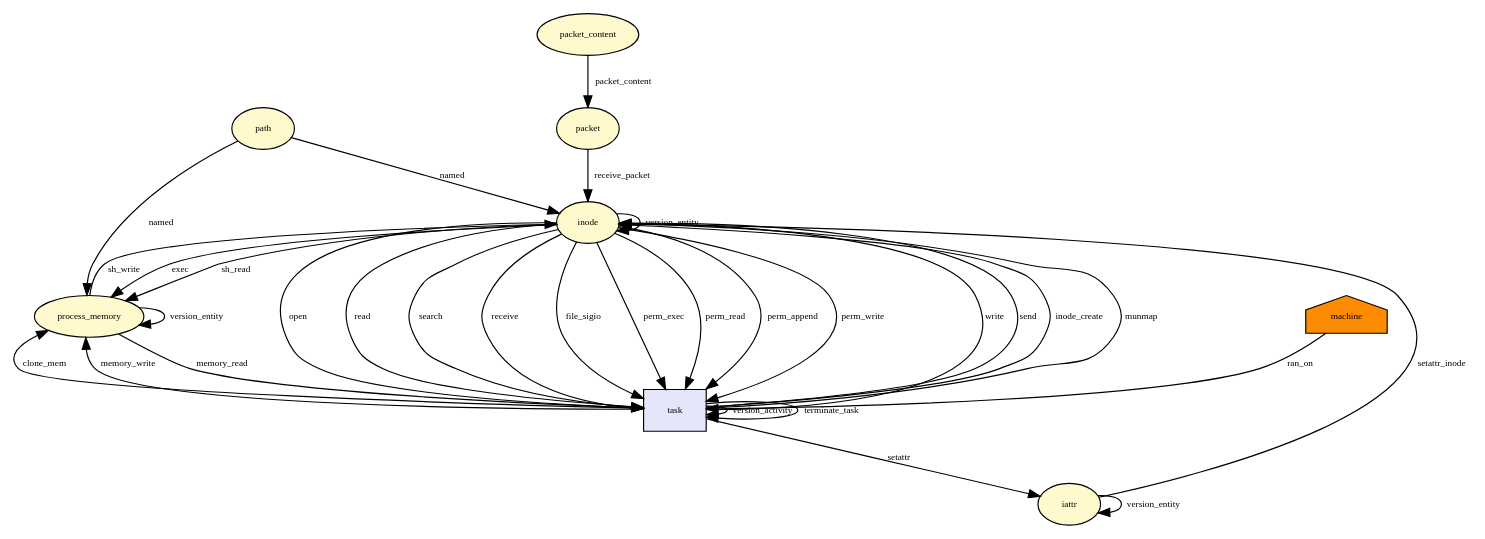
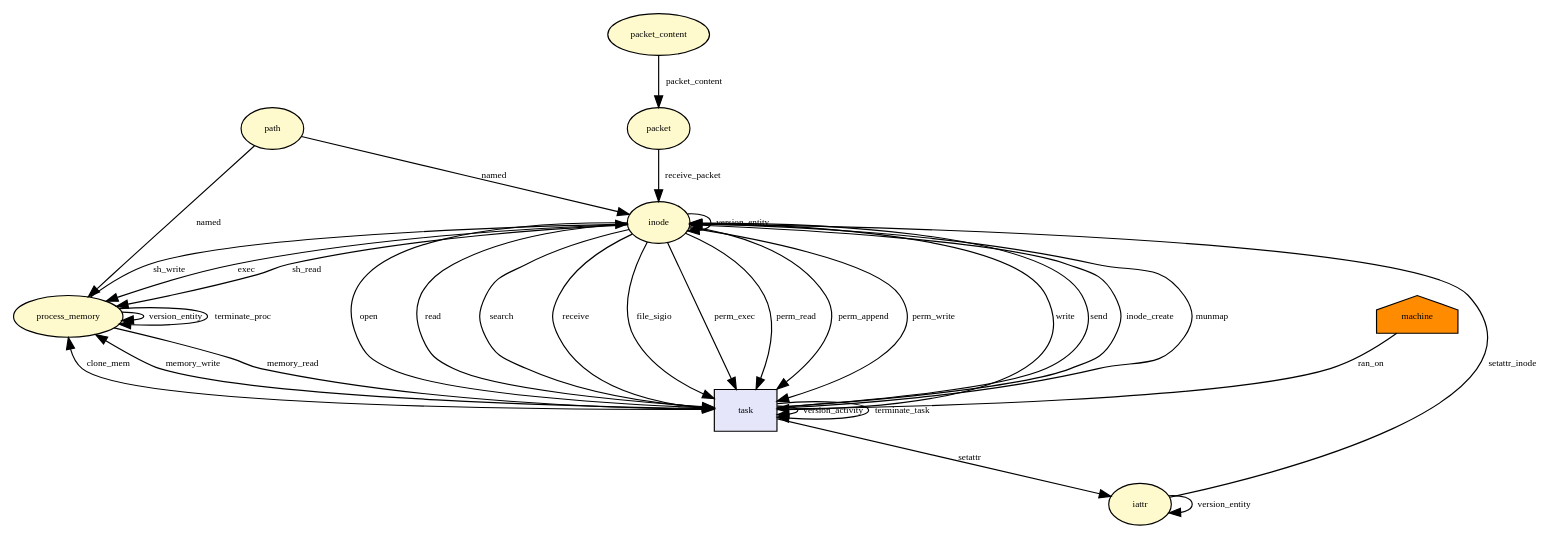
Before and after one commit to CamFlow/camflow-dev: the diagram in docs/dot/__x64_sys_execve.dot, drawn with Graphviz. The commit also changed 39 other files, not shown here.

```diff
--- a/docs/dot/__x64_sys_execve.dot
+++ b/docs/dot/__x64_sys_execve.dot
@@ -1,79 +1,81 @@
 digraph RGL__DirectedAdjacencyGraph {path[fontsize = 8,label = path,shape = ellipse, fillcolor="#fffacd", style = filled]
 
 inode[fontsize = 8,label = inode,shape = ellipse, fillcolor="#fffacd", style = filled]
 
 path -> inode[fontsize = 8,label = named]
 
 process_memory[fontsize = 8,label = process_memory,shape = ellipse, fillcolor="#fffacd", style = filled]
 
 inode -> process_memory[fontsize = 8,label = exec]
 
 process_memory -> process_memory[fontsize = 8,label = version_entity]
+
+process_memory -> process_memory[fontsize = 8,label = terminate_proc]
 
 task[fontsize = 8,label = task,shape = rectangle, fillcolor="#e6e6fa", style = filled]
 
 process_memory -> task[fontsize = 8,label = memory_read]
 
 task -> process_memory[fontsize = 8,label = clone_mem]
 
 task -> task[fontsize = 8,label = version_activity]
 
 inode -> process_memory[fontsize = 8,label = sh_read]
 
 path -> process_memory[fontsize = 8,label = named]
 
 machine[fontsize = 8,label = machine,shape = house, fillcolor="#ff8c00", style = filled]
 
 machine -> task[fontsize = 8,label = ran_on]
 
 inode -> task[fontsize = 8,label = open]
 
 task -> process_memory[fontsize = 8,label = memory_write]
 
 process_memory -> inode[fontsize = 8,label = sh_write]
 
 inode -> inode[fontsize = 8,label = version_entity]
 
 task -> inode[fontsize = 8,label = write]
 
 inode -> task[fontsize = 8,label = read]
 
 inode -> task[fontsize = 8,label = search]
 
 task -> inode[fontsize = 8,label = send]
 
 inode -> task[fontsize = 8,label = receive]
 
 inode -> task[fontsize = 8,label = file_sigio]
 
 task -> inode[fontsize = 8,label = inode_create]
 
 inode -> task[fontsize = 8,label = perm_exec]
 
 inode -> task[fontsize = 8,label = perm_read]
 
 inode -> task[fontsize = 8,label = perm_append]
 
 inode -> task[fontsize = 8,label = perm_write]
 
 iattr[fontsize = 8,label = iattr,shape = ellipse, fillcolor="#fffacd", style = filled]
 
 task -> iattr[fontsize = 8,label = setattr]
 
 iattr -> iattr[fontsize = 8,label = version_entity]
 
 iattr -> inode[fontsize = 8,label = setattr_inode]
 
 task -> inode[fontsize = 8,label = munmap]
 
 packet_content[fontsize = 8,label = packet_content,shape = ellipse, fillcolor="#fffacd", style = filled]
 
 packet[fontsize = 8,label = packet,shape = ellipse, fillcolor="#fffacd", style = filled]
 
 packet_content -> packet[fontsize = 8,label = packet_content]
 
 packet -> inode[fontsize = 8,label = receive_packet]
 
 task -> task[fontsize = 8,label = terminate_task]
 
 }
```
